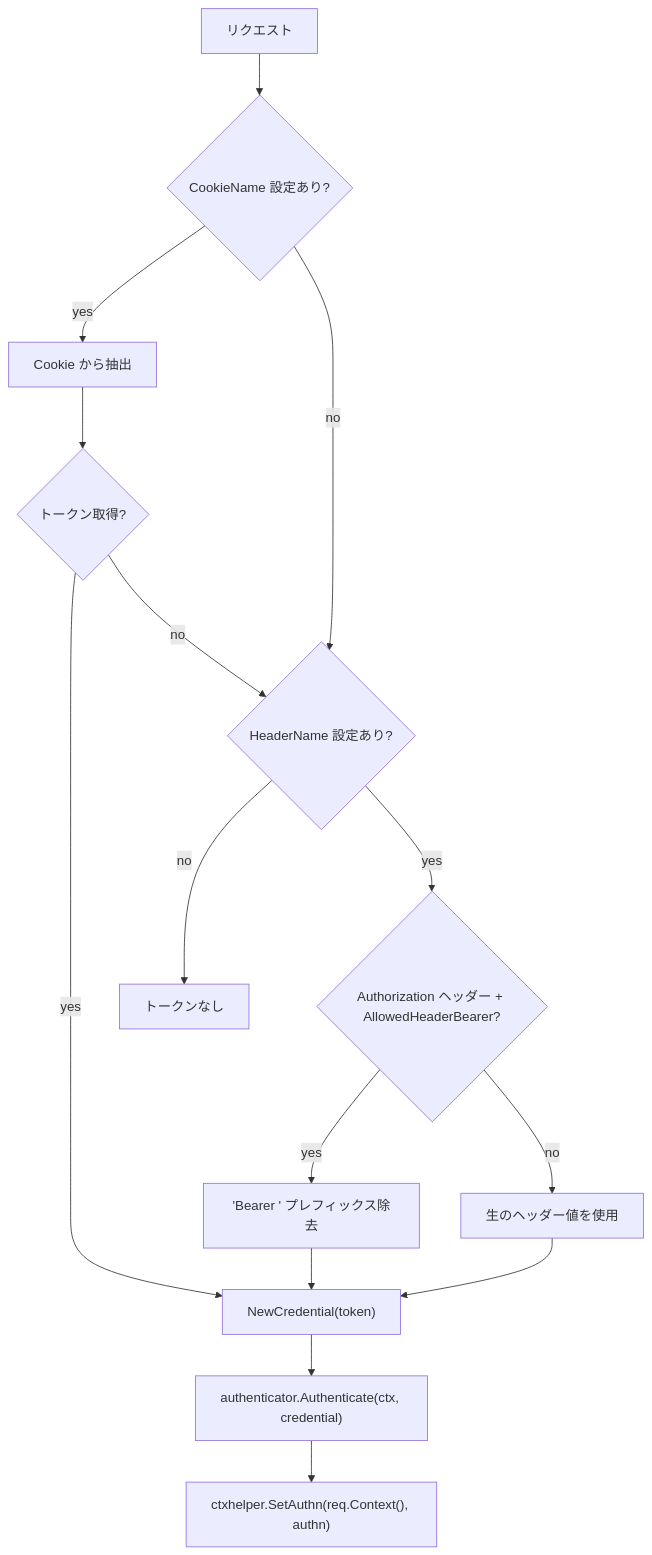
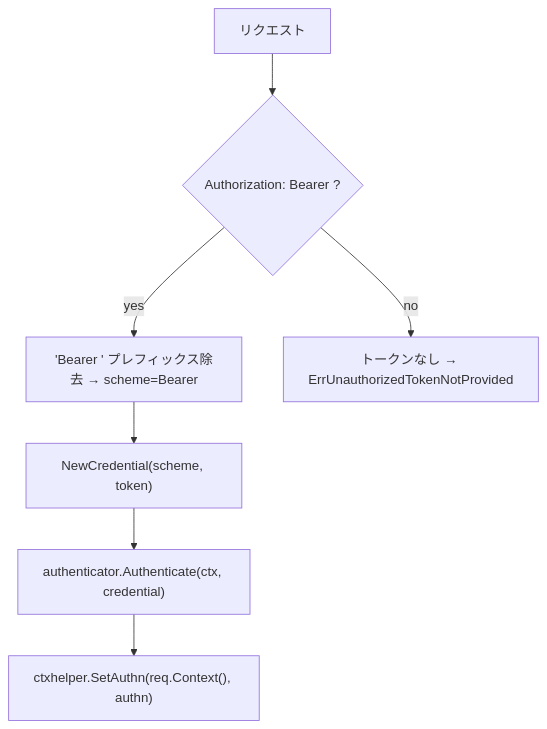
Before and after one commit to Tomy-ch/go-boilerplate: the first of 2 diagrams in docs/portal/guides/ja/controller-httpstack-oapi-auth.ja.md, drawn with Mermaid. The commit also changed other lines of this file and 498 other files, not shown here.

````diff
--- a/docs/portal/guides/ja/controller-httpstack-oapi-auth.ja.md
+++ b/docs/portal/guides/ja/controller-httpstack-oapi-auth.ja.md
@@ -9,26 +9,15 @@
 ```mermaid
 flowchart TB
     Start["リクエスト"]
-    Cookie{"CookieName 設定あり?"}
-    CookieVal["Cookie から抽出"]
-    HasValue{"トークン取得?"}
-    Header{"HeaderName 設定あり?"}
-    IsAuth{"Authorization ヘッダー + AllowedHeaderBearer?"}
-    StripBearer["'Bearer ' プレフィックス除去"]
-    RawHeader["生のヘッダー値を使用"]
-    NoToken["トークンなし"]
-    Credential["NewCredential(token)"]
+    IsBearer{"Authorization: Bearer <token>?"}
+    StripBearer["'Bearer ' プレフィックス除去 → scheme=Bearer"]
+    NoToken["トークンなし → ErrUnauthorizedTokenNotProvided"]
+    Credential["NewCredential(scheme, token)"]
     Authenticate["authenticator.Authenticate(ctx, credential)"]
     StoreAuthn["ctxhelper.SetAuthn(req.Context(), authn)"]
 
-    Start --> Cookie
-    Cookie -- yes --> CookieVal --> HasValue
-    HasValue -- yes --> Credential
-    HasValue -- no --> Header
-    Cookie -- no --> Header
-    Header -- yes --> IsAuth
-    IsAuth -- yes --> StripBearer --> Credential
-    IsAuth -- no --> RawHeader --> Credential
-    Header -- no --> NoToken
+    Start --> IsBearer
+    IsBearer -- yes --> StripBearer --> Credential
+    IsBearer -- no --> NoToken
     Credential --> Authenticate --> StoreAuthn
 ```
````
